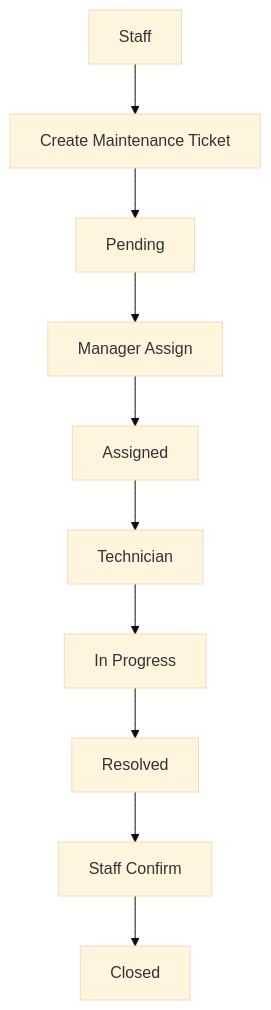
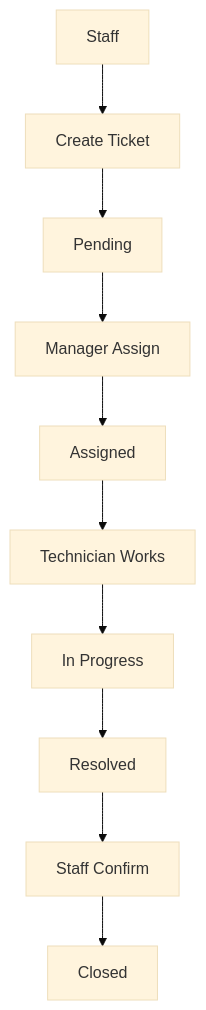
Before and after one commit to hoaiiann0804/office-facility-maintenance-system: the first of 2 diagrams in README.md, drawn with Mermaid (base theme). The commit also changed other lines of this file, not shown here.

````diff
--- a/README.md
+++ b/README.md
@@ -116,12 +95,12 @@
 ```mermaid
 flowchart TB
-    A[Staff] --> B[Create Maintenance Ticket]
+    A[Staff] --> B[Create Ticket]
     B --> C[Pending]
     C --> D[Manager Assign]
     D --> E[Assigned]
-    E --> F[Technician]
+    E --> F[Technician Works]
     F --> G[In Progress]
     G --> H[Resolved]
     H --> I[Staff Confirm]
     I --> J[Closed]
 ```
````
